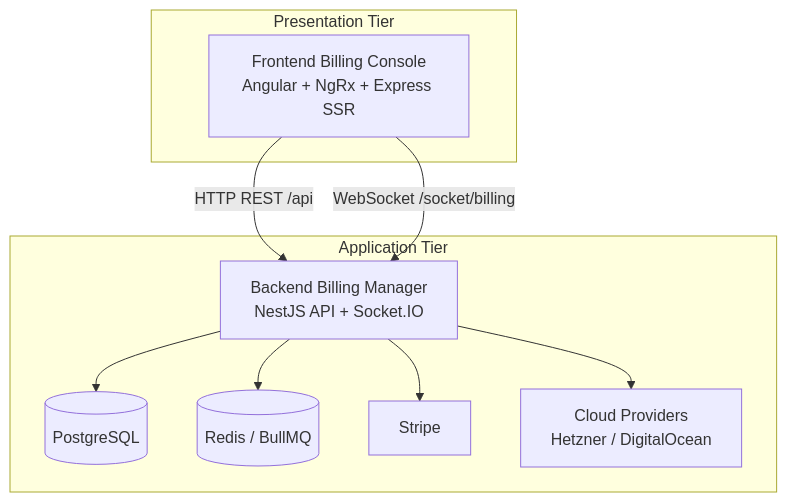
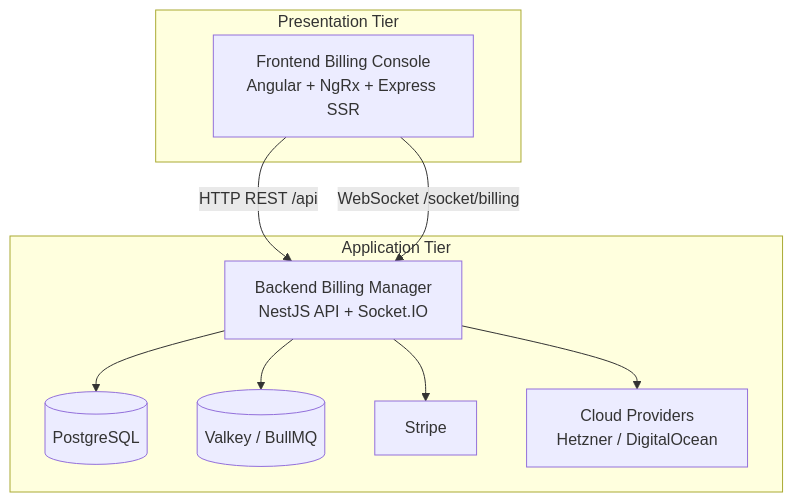
Before and after one commit to forepath/one: the first of 3 diagrams in docs/decabill/architecture/system-overview.md, drawn with Mermaid. The commit also changed other lines of this file and 92 other files, not shown here.

````diff
--- a/docs/decabill/architecture/system-overview.md
+++ b/docs/decabill/architecture/system-overview.md
@@ -9,21 +9,21 @@
 ```mermaid
 graph TB
     subgraph "Presentation Tier"
         FE[Frontend Billing Console<br/>Angular + NgRx + Express SSR]
     end
 
     subgraph "Application Tier"
         BM[Backend Billing Manager<br/>NestJS API + Socket.IO]
         PG[(PostgreSQL)]
-        RD[(Redis / BullMQ)]
+        RD[(Valkey / BullMQ)]
         ST[Stripe]
         CP[Cloud Providers<br/>Hetzner / DigitalOcean]
     end
 
     FE -->|HTTP REST /api| BM
     FE -->|WebSocket /socket/billing| BM
     BM --> PG
     BM --> RD
     BM --> ST
     BM --> CP
 ```
````
